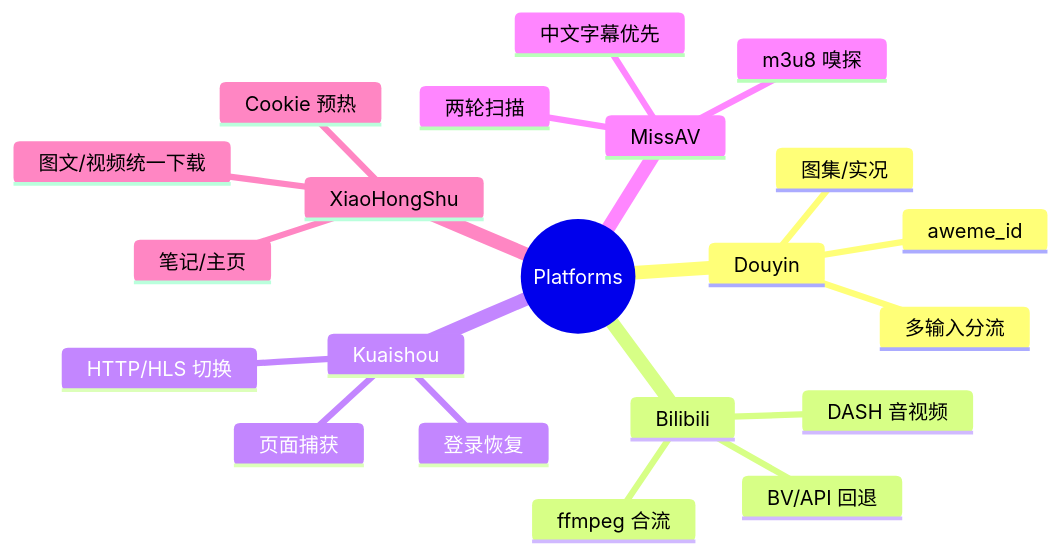
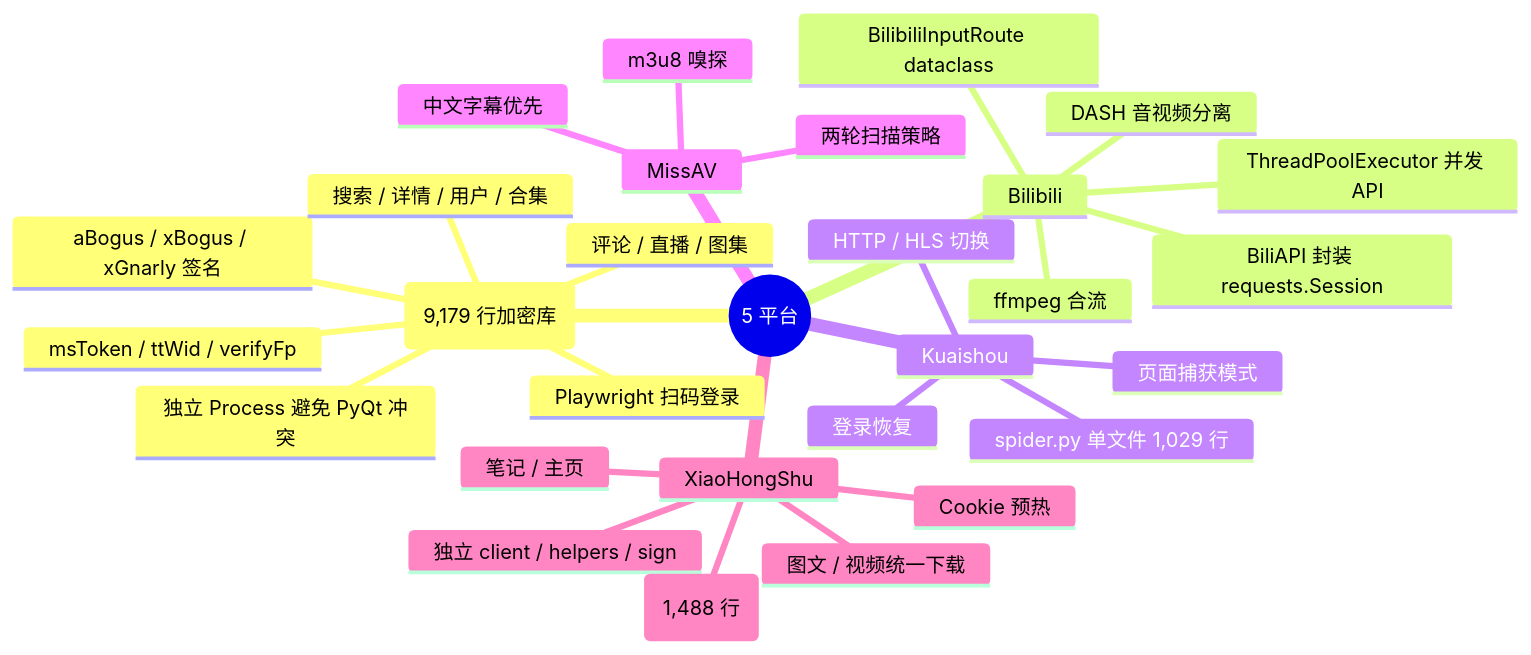
The fourth of 5 diagrams in mermaid/04-plugin-and-spider-pipeline.md (haohaizi554/UniversalCrawler), drawn with Mermaid before and after one commit. The commit also changed other lines of this file and 78 other files, not shown here.

Commit message:
Sync local workspace: packaging adaptation, frontend hardening, and architecture review.

````diff
--- a/mermaid/04-plugin-and-spider-pipeline.md
+++ b/mermaid/04-plugin-and-spider-pipeline.md
@@ -23,24 +129,32 @@
 ```mermaid
 mindmap
-  root((Platforms))
-    Douyin
-      多输入分流
-      图集/实况
-      aweme_id
+  root((5 平台))
+    Douyin (9,179 行加密库)
+      Playwright 扫码登录
+      独立 Process 避免 PyQt 冲突
+      aBogus / xBogus / xGnarly 签名
+      msToken / ttWid / verifyFp
+      搜索 / 详情 / 用户 / 合集
+      评论 / 直播 / 图集
     Bilibili
-      BV/API 回退
-      DASH 音视频
+      BiliAPI 封装 requests.Session
+      BilibiliInputRoute dataclass
+      ThreadPoolExecutor 并发 API
+      DASH 音视频分离
       ffmpeg 合流
     Kuaishou
-      页面捕获
-      HTTP/HLS 切换
+      页面捕获模式
+      HTTP / HLS 切换
       登录恢复
+      spider.py 单文件 1,029 行
     MissAV
-      两轮扫描
+      两轮扫描策略
       中文字幕优先
       m3u8 嗅探
     XiaoHongShu
-      笔记/主页
+      独立 client / helpers / sign
+      笔记 / 主页
       Cookie 预热
-      图文/视频统一下载
+      图文 / 视频统一下载
+      代码量最大 (1,488 行)
 ```
````
